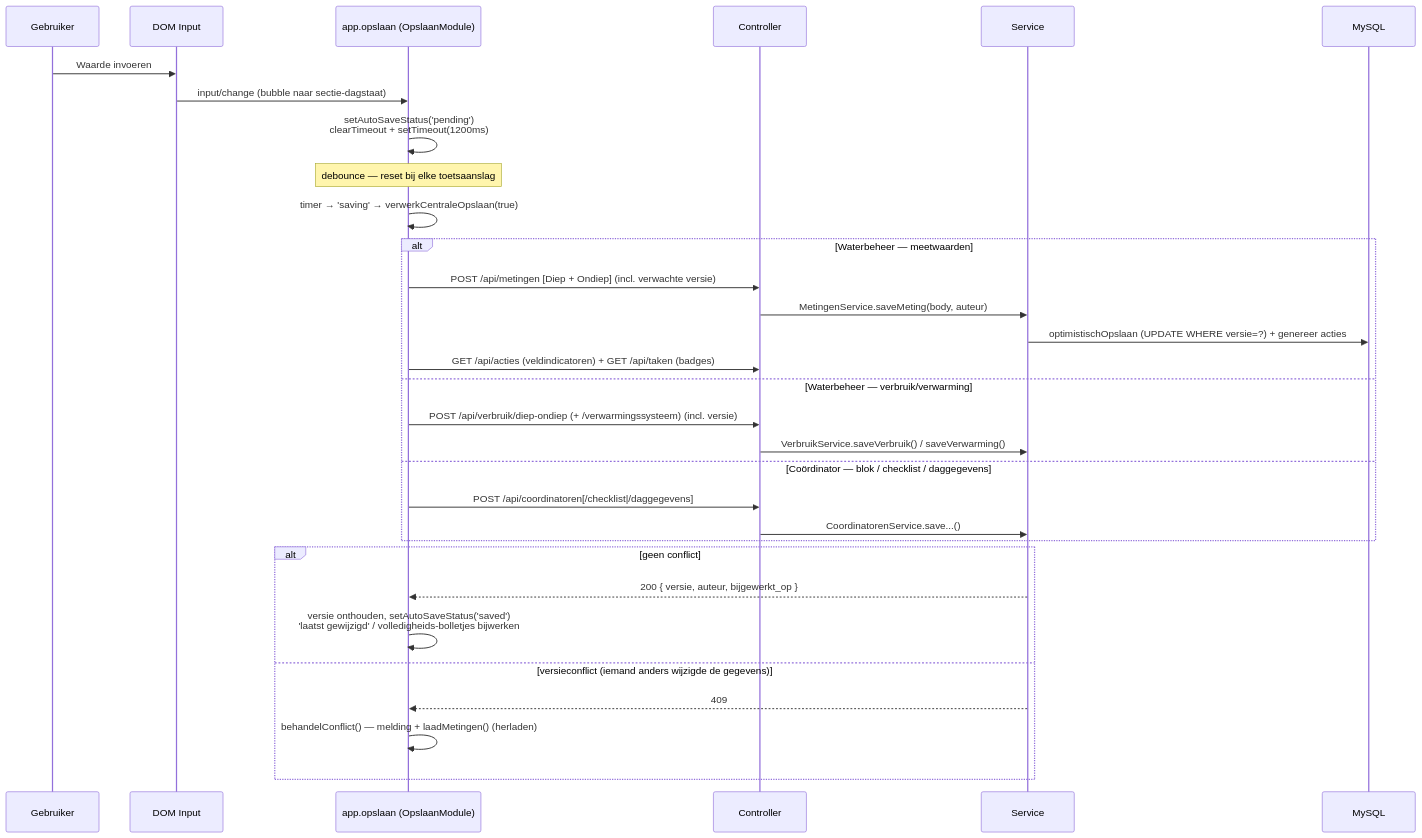
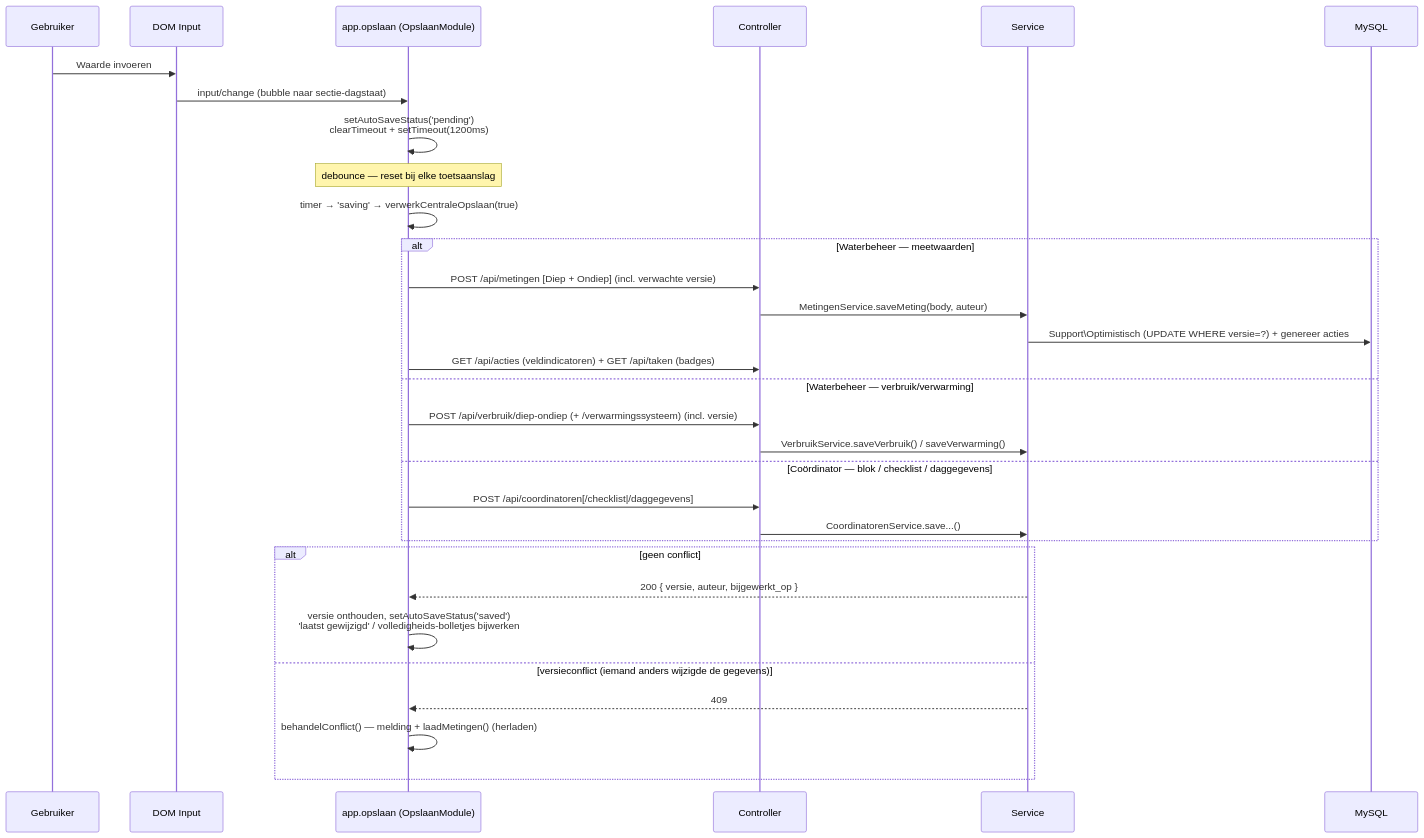
The third of 3 diagrams in docs/architecture/flows.md (pjgheijmans/NewSiteWaterbeheerDeBercken), drawn with Mermaid before and after one commit. The commit also changed other lines of this file and 5 other files, not shown here.

First line of the commit message:
docs: werk architectuurdocs bij naar de PHP-backend

````diff
--- a/docs/architecture/flows.md
+++ b/docs/architecture/flows.md
@@ -128,37 +128,37 @@
 ```mermaid
 sequenceDiagram
     participant U as Gebruiker
     participant DOM as DOM Input
     participant Save as app.opslaan (OpslaanModule)
     participant Ctrl as Controller
     participant Svc as Service
     participant DB as MySQL
 
     U->>DOM: Waarde invoeren
     DOM->>Save: input/change (bubble naar sectie-dagstaat)
     Save->>Save: setAutoSaveStatus('pending')<br/>clearTimeout + setTimeout(1200ms)
     Note over Save: debounce — reset bij elke toetsaanslag
 
     Save->>Save: timer → 'saving' → verwerkCentraleOpslaan(true)
 
     alt Waterbeheer — meetwaarden
         Save->>Ctrl: POST /api/metingen [Diep + Ondiep] (incl. verwachte versie)
         Ctrl->>Svc: MetingenService.saveMeting(body, auteur)
-        Svc->>DB: optimistischOpslaan (UPDATE WHERE versie=?) + genereer acties
+        Svc->>DB: Support\Optimistisch (UPDATE WHERE versie=?) + genereer acties
         Save->>Ctrl: GET /api/acties (veldindicatoren) + GET /api/taken (badges)
     else Waterbeheer — verbruik/verwarming
         Save->>Ctrl: POST /api/verbruik/diep-ondiep (+ /verwarmingssysteem) (incl. versie)
         Ctrl->>Svc: VerbruikService.saveVerbruik() / saveVerwarming()
     else Coördinator — blok / checklist / daggegevens
         Save->>Ctrl: POST /api/coordinatoren[/checklist|/daggegevens]
         Ctrl->>Svc: CoordinatorenService.save...()
     end
 
     alt geen conflict
         Svc-->>Save: 200 { versie, auteur, bijgewerkt_op }
         Save->>Save: versie onthouden, setAutoSaveStatus('saved')<br/>'laatst gewijzigd' / volledigheids-bolletjes bijwerken
     else versieconflict (iemand anders wijzigde de gegevens)
         Svc-->>Save: 409
         Save->>Save: behandelConflict() — melding + laadMetingen() (herladen)
     end
 ```
````
